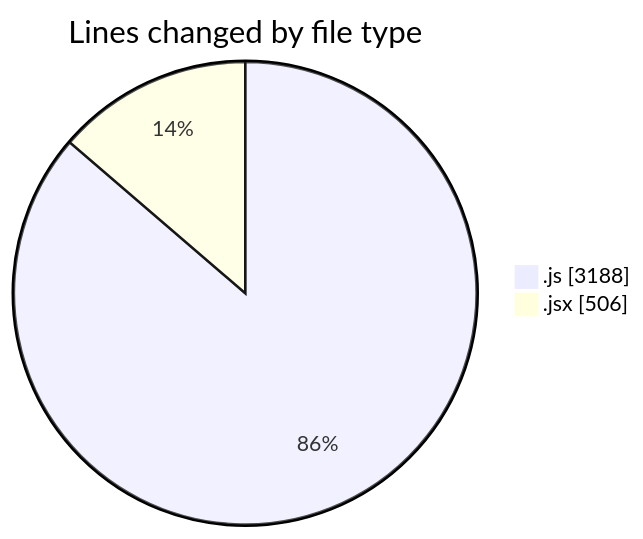
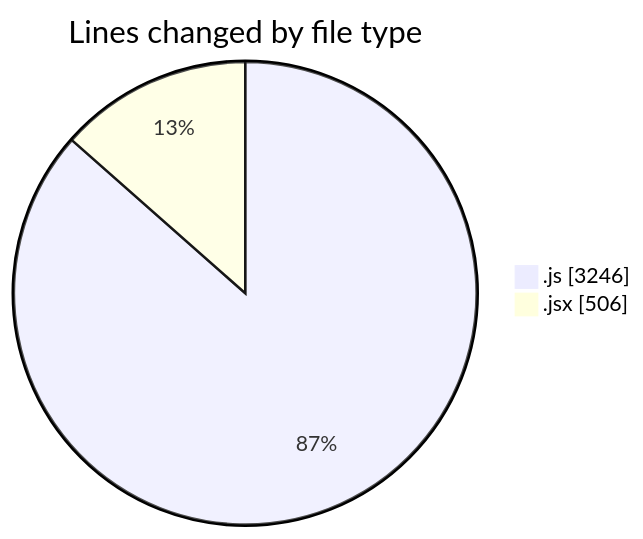
The first of 2 diagrams in 2025-07-27/nxtqube_webapp/README.md (nxtqubesakshisongat/code-tracking), drawn with Mermaid before and after one commit. The commit also changed other lines of this file and 1 other file, not shown here.

````diff
--- a/2025-07-27/nxtqube_webapp/README.md
+++ b/2025-07-27/nxtqube_webapp/README.md
@@ -27,6 +28,6 @@
 ```mermaid
 pie showData
 title Lines changed by file type
-".js" : 3188
+".js" : 3246
 ".jsx" : 506
 ```
````
